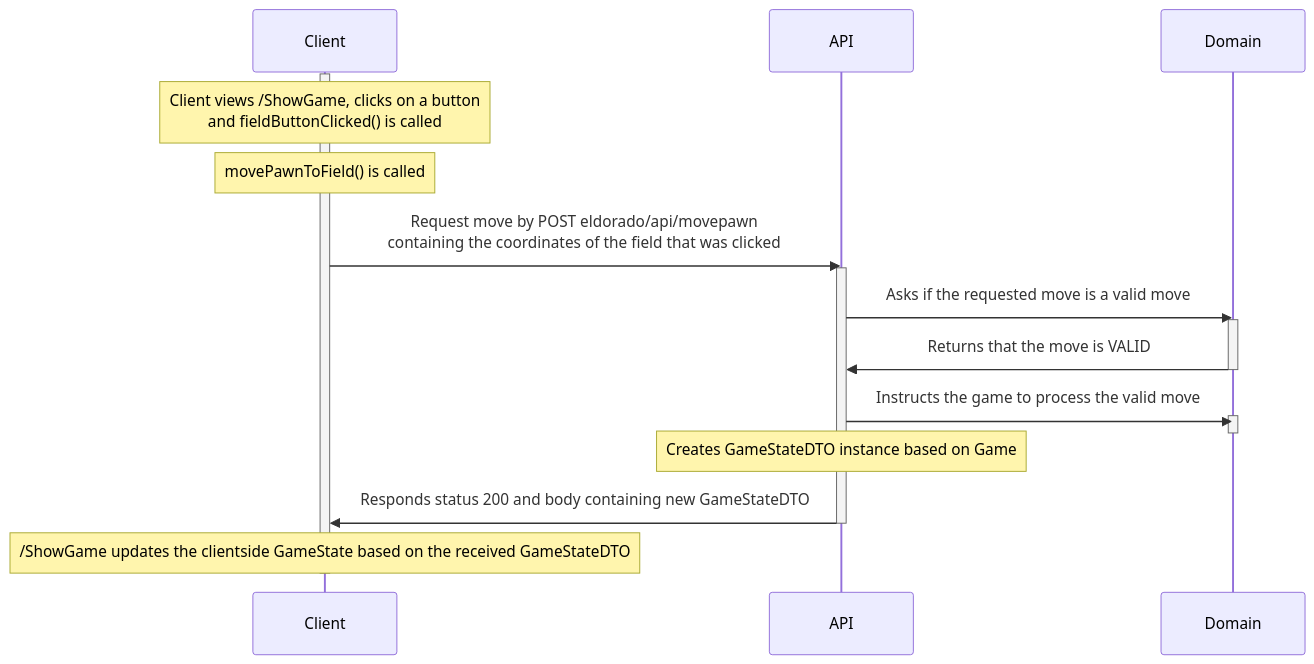
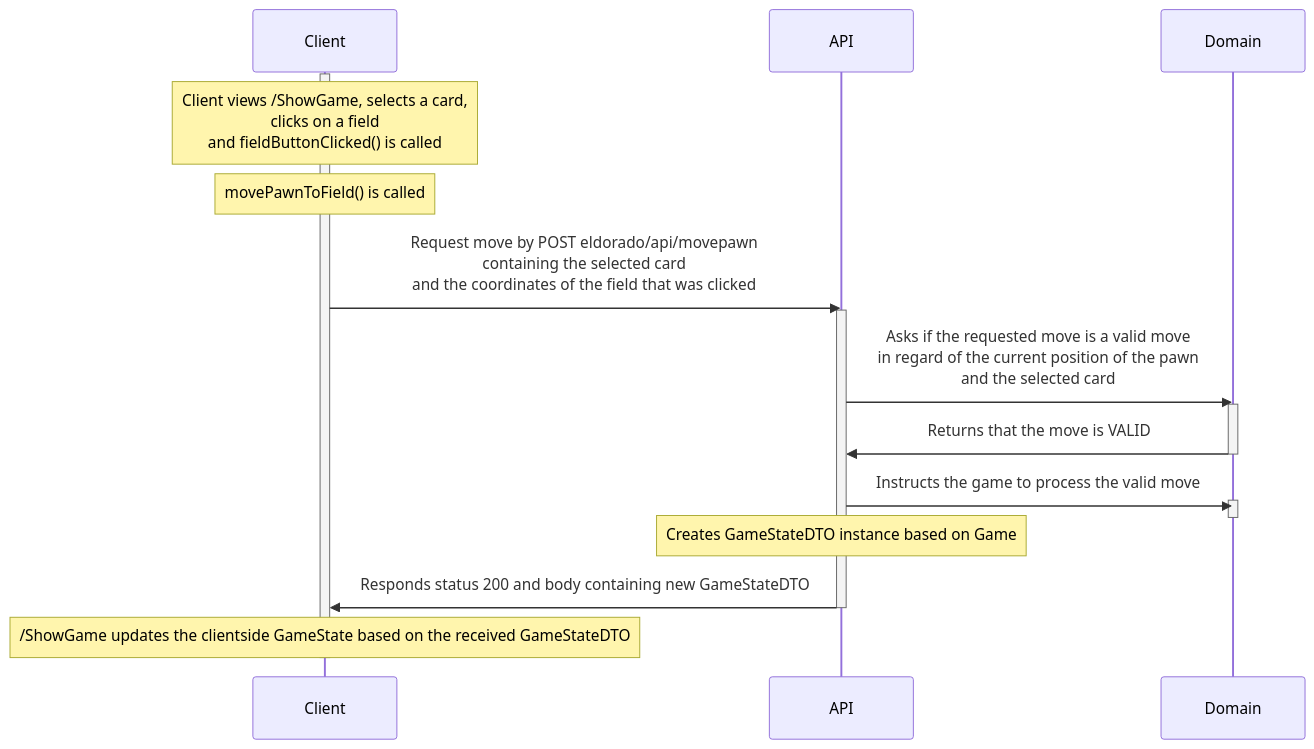
One commit to stijnlinderman/eldorado changed the second of 9 diagrams in ARCHITECTURE.md. Above: the diagram before and after it, drawn with Mermaid. The commit also changed other lines of this file, not shown here.

````diff
--- a/ARCHITECTURE.md
+++ b/ARCHITECTURE.md
@@ -53,23 +53,23 @@
 ```mermaid
 sequenceDiagram
     participant Client
     participant API
     participant Domain
     activate Client
-    Note over Client: Client views /ShowGame, clicks on a button<br>and fieldButtonClicked() is called
+    Note over Client: Client views /ShowGame, selects a card,<br>clicks on a field<br>and fieldButtonClicked() is called
     Note over Client: movePawnToField() is called
-    Client->>API: Request move by POST eldorado/api/movepawn<br>containing the coordinates of the field that was clicked
+    Client->>API: Request move by POST eldorado/api/movepawn<br>containing the selected card<br> and the coordinates of the field that was clicked
     activate API
-    API->>Domain: Asks if the requested move is a valid move
+    API->>Domain: Asks if the requested move is a valid move<br>in regard of the current position of the pawn<br>and the selected card
     activate Domain
     Domain->>API: Returns that the move is VALID
     deactivate Domain
     API->>Domain: Instructs the game to process the valid move
     activate Domain
     deactivate Domain
     Note over API: Creates GameStateDTO instance based on Game
     API->>Client: Responds status 200 and body containing new GameStateDTO
     deactivate API
     Note over Client: /ShowGame updates the clientside GameState based on the received GameStateDTO
     deactivate Client
 ```
````
